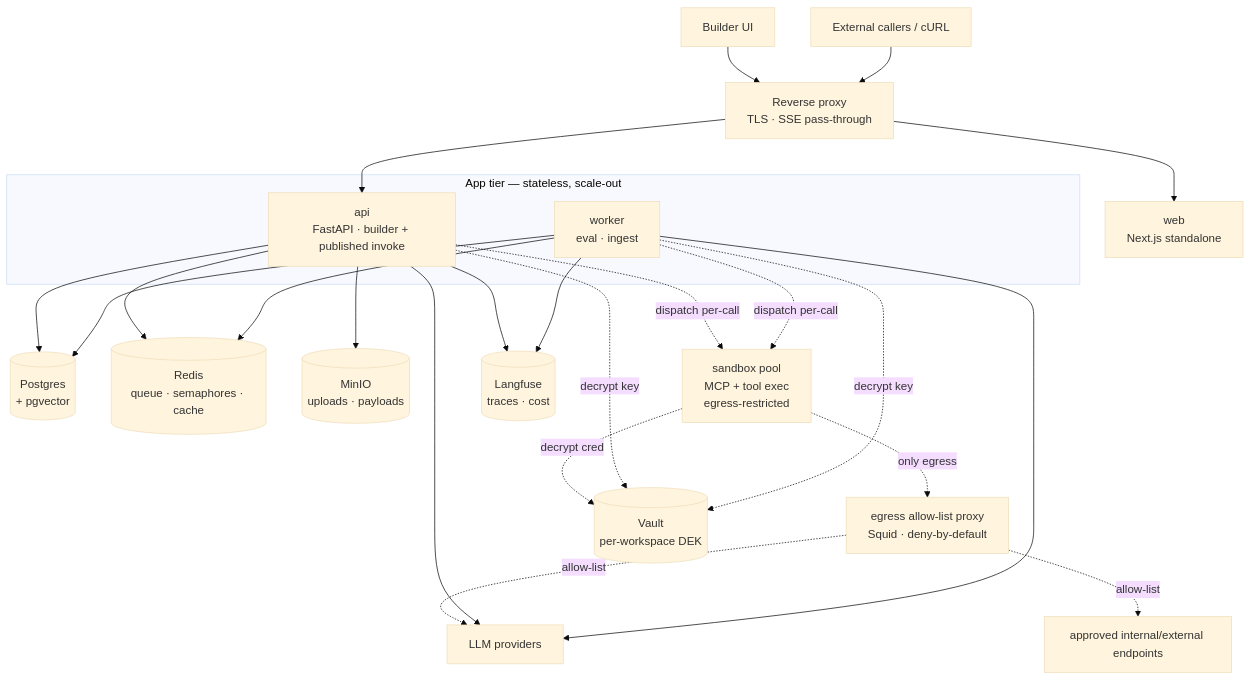
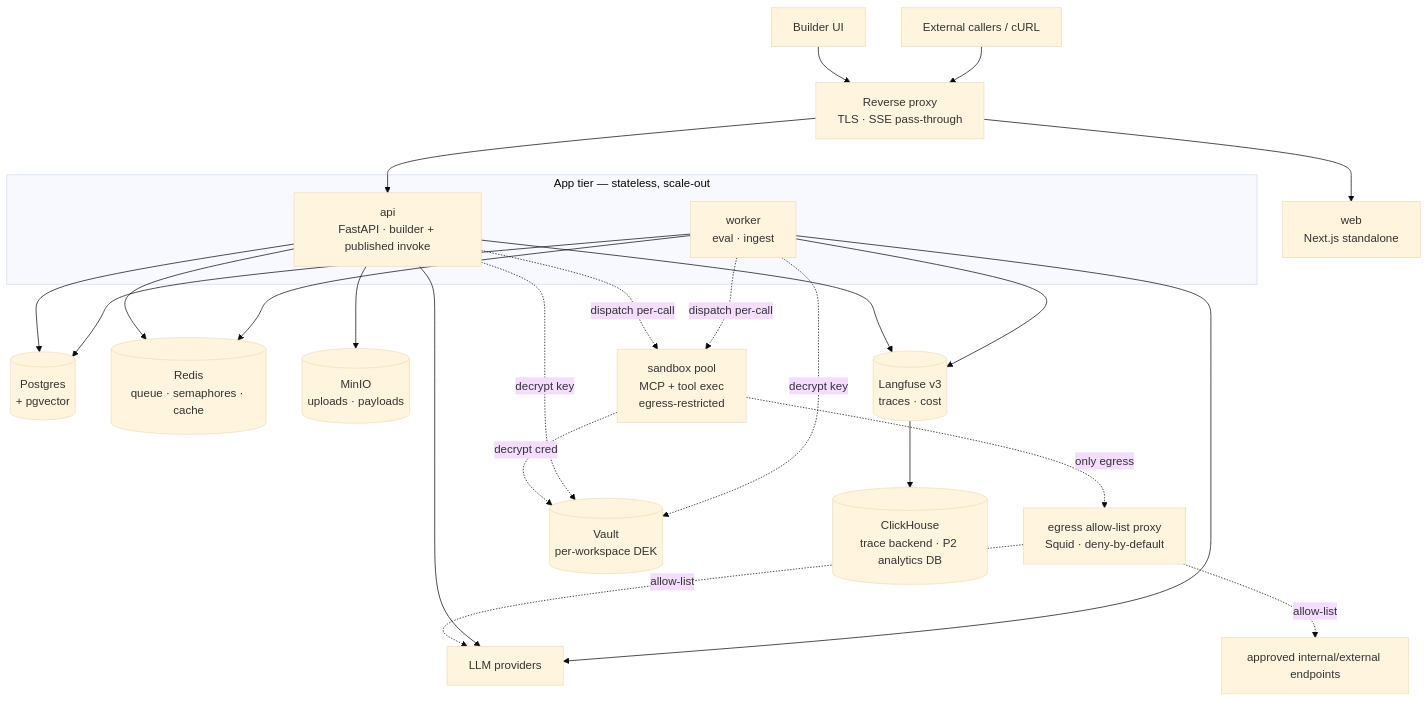
Before and after one commit to gargraman/agent-catalyst: the first of 2 diagrams in docs/backend/11-deployment.md, drawn with Mermaid (base theme). The commit also changed other lines of this file and 68 other files, not shown here.

````diff
--- a/docs/backend/11-deployment.md
+++ b/docs/backend/11-deployment.md
@@ -17,28 +17,29 @@
 ```mermaid
 flowchart TB
   U[Builder UI] --> PROXY[Reverse proxy<br/>TLS · SSE pass-through]
   EXT[External callers / cURL] --> PROXY
   PROXY --> WEB[web<br/>Next.js standalone]
   PROXY --> API[api<br/>FastAPI · builder + published invoke]
   subgraph App[App tier — stateless, scale-out]
     API
     WRK[worker<br/>eval · ingest]
   end
   API --> PG[(Postgres<br/>+ pgvector)]
   API --> REDIS[(Redis<br/>queue · semaphores · cache)]
   API --> MINIO[(MinIO<br/>uploads · payloads)]
   WRK --> PG
   WRK --> REDIS
   API -. dispatch per-call .-> SBX[sandbox pool<br/>MCP + tool exec<br/>egress-restricted]
   WRK -. dispatch per-call .-> SBX
   SBX -. only egress .-> EGRESS[egress allow-list proxy<br/>Squid · deny-by-default]
   SBX -. decrypt cred .-> VAULT
   EGRESS -. allow-list .-> PROV
   EGRESS -. allow-list .-> INT[approved internal/external endpoints]
   API -. decrypt key .-> VAULT[(Vault<br/>per-workspace DEK)]
   WRK -. decrypt key .-> VAULT
-  API --> LF[(Langfuse<br/>traces · cost)]
+  API --> LF[(Langfuse v3<br/>traces · cost)]
   WRK --> LF
+  LF --> CH[(ClickHouse<br/>trace backend · P2 analytics DB)]
   API --> PROV[LLM providers]
   WRK --> PROV
 ```
````
